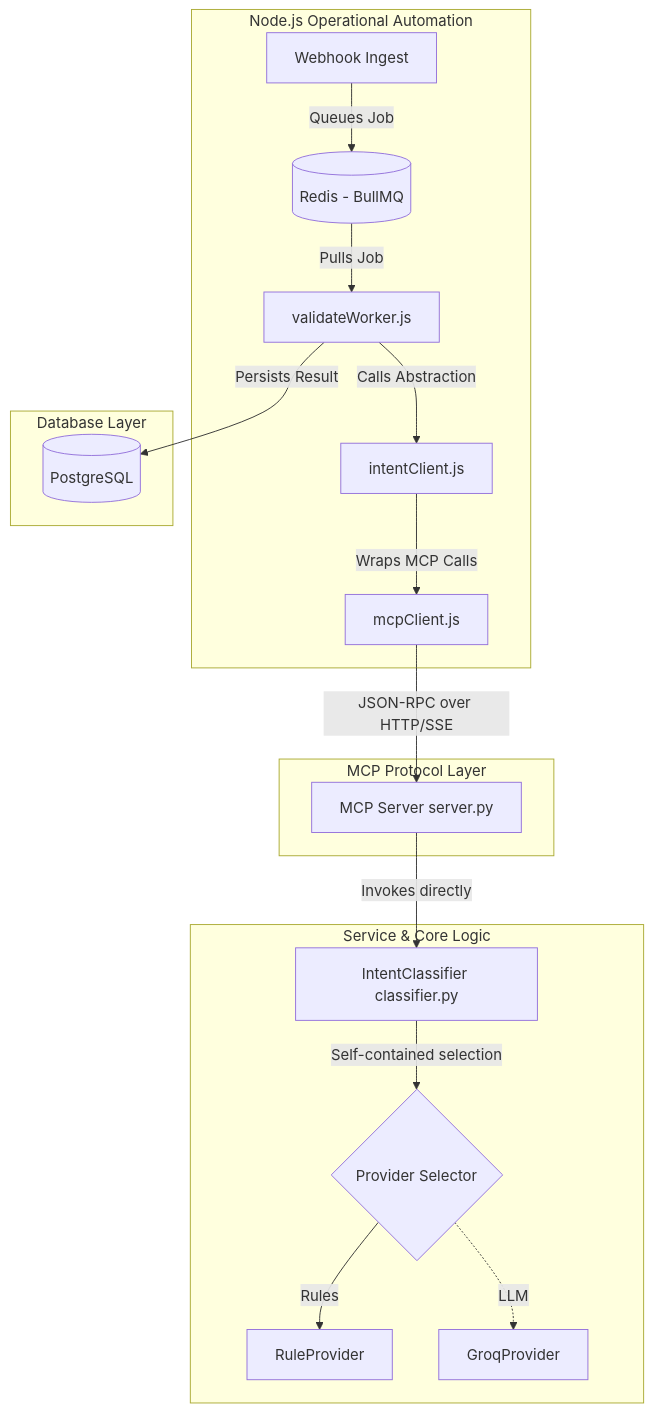
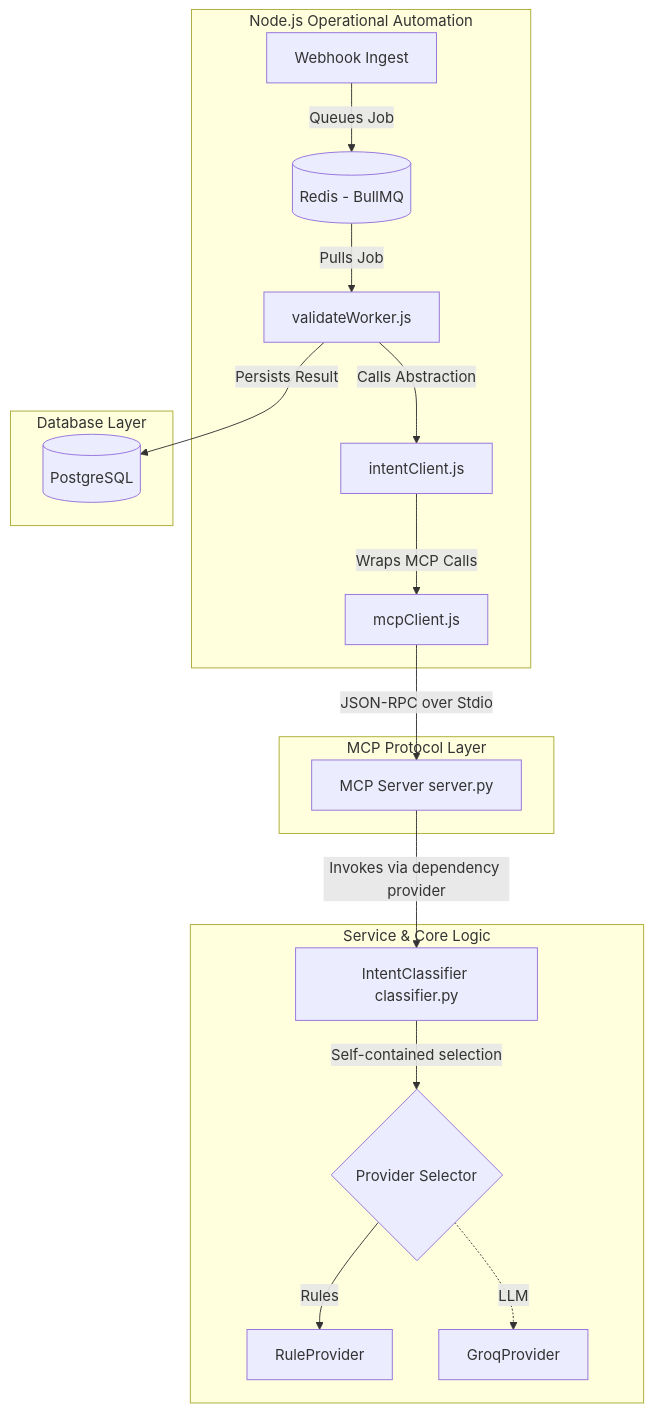
One commit to haiderNafiz/meridian-copilot changed the diagram in Implementation_plan/implementation_plan_intent_classification_v1.md. Above: the diagram before and after it, drawn with Mermaid. The commit also changed other lines of this file and 3 other files, not shown here.

````diff
--- a/Implementation_plan/implementation_plan_intent_classification_v1.md
+++ b/Implementation_plan/implementation_plan_intent_classification_v1.md
@@ -14,24 +9,24 @@
 ```mermaid
 graph TD
     subgraph Node.js Layer [Node.js Operational Automation]
         A[Webhook Ingest] -->|Queues Job| B[(Redis - BullMQ)]
         B -->|Pulls Job| C[validateWorker.js]
         C -->|Calls Abstraction| D[intentClient.js]
         D -->|Wraps MCP Calls| E[mcpClient.js]
     end
 
     subgraph Transport Adapter [MCP Protocol Layer]
-        E -->|JSON-RPC over HTTP/SSE| F[MCP Server server.py]
+        E -->|JSON-RPC over Stdio| F[MCP Server server.py]
     end
 
     subgraph Python Intelligence [Service & Core Logic]
-        F -->|Invokes directly| G[IntentClassifier classifier.py]
+        F -->|Invokes via dependency provider| G[IntentClassifier classifier.py]
         G -->|Self-contained selection| H{Provider Selector}
         H -->|Rules| I[RuleProvider]
         H -.->|LLM| J[GroqProvider]
     end
 
     subgraph Database Layer
         C -->|Persists Result| K[(PostgreSQL)]
     end
 ```
````
